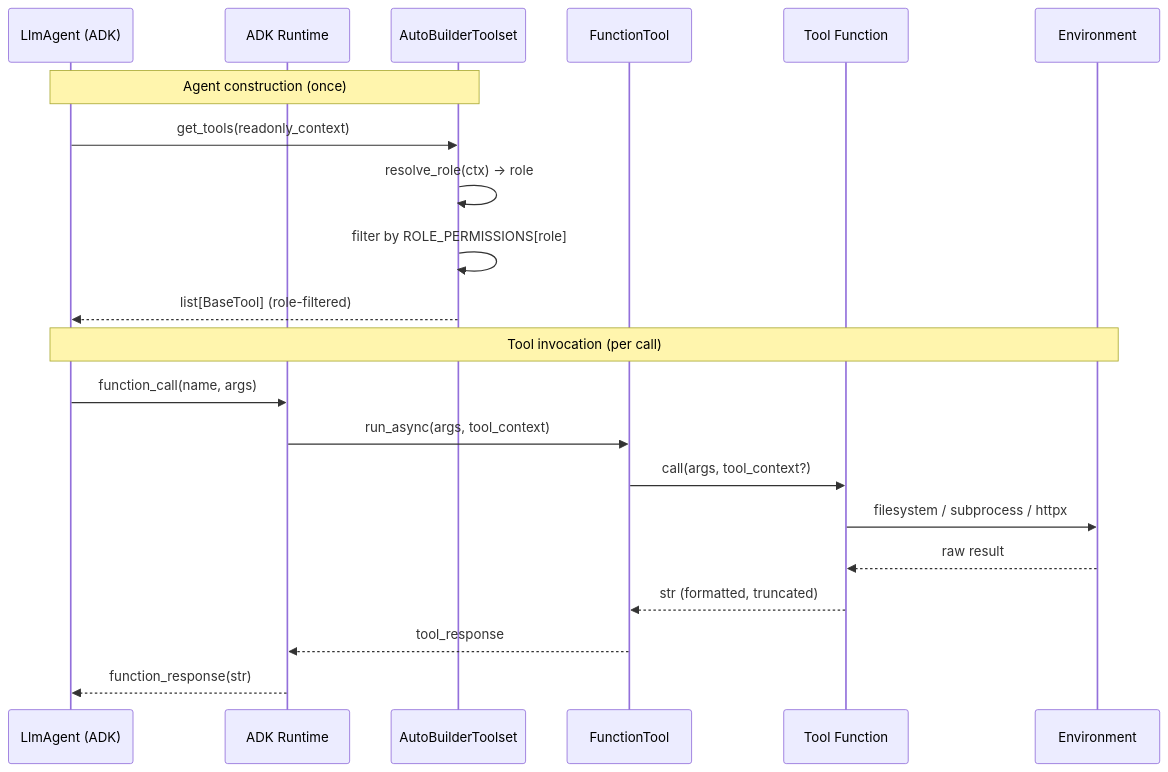
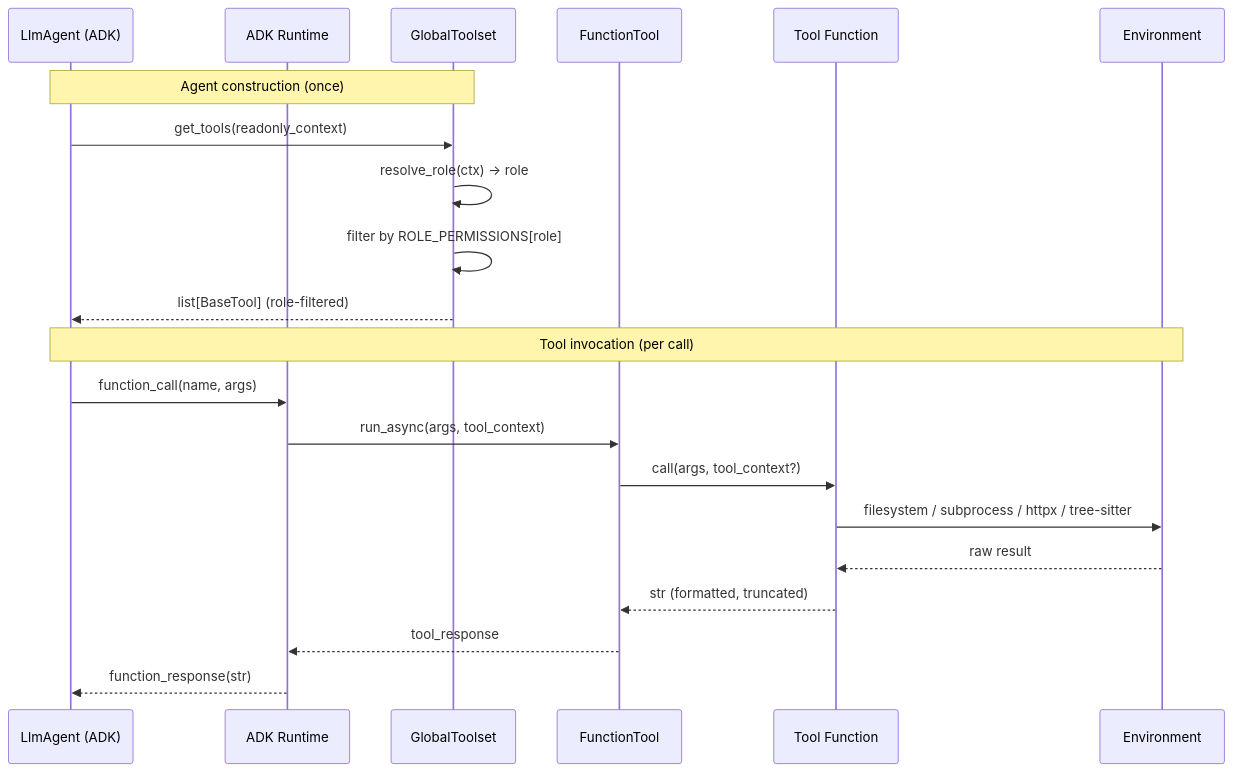
One commit to BechtelR/AutoBuilder changed the second of 5 diagrams in .dev/build-phase/phase-4/model.md. Above: the diagram before and after it, drawn with Mermaid. The commit also changed other lines of this file and 16 other files, not shown here.

First line of the commit message:
docs: Phase 4 architecture rework — 42 tools, Director queue, GlobalToolset;

````diff
--- a/.dev/build-phase/phase-4/model.md
+++ b/.dev/build-phase/phase-4/model.md
@@ -312,25 +440,25 @@
 ```mermaid
 sequenceDiagram
     participant LLM as LlmAgent (ADK)
     participant ADK as ADK Runtime
-    participant TS as AutoBuilderToolset
+    participant TS as GlobalToolset
     participant TF as FunctionTool
     participant FN as Tool Function
     participant ENV as Environment
 
     Note over LLM,TS: Agent construction (once)
     LLM->>TS: get_tools(readonly_context)
-    TS->>TS: resolve_role(ctx) → role
+    TS->>TS: resolve_role(ctx) -> role
     TS->>TS: filter by ROLE_PERMISSIONS[role]
     TS-->>LLM: list[BaseTool] (role-filtered)
 
     Note over LLM,ENV: Tool invocation (per call)
     LLM->>ADK: function_call(name, args)
     ADK->>TF: run_async(args, tool_context)
     TF->>FN: call(args, tool_context?)
-    FN->>ENV: filesystem / subprocess / httpx
+    FN->>ENV: filesystem / subprocess / httpx / tree-sitter
     ENV-->>FN: raw result
     FN-->>TF: str (formatted, truncated)
     TF-->>ADK: tool_response
     ADK-->>LLM: function_response(str)
 ```
````
